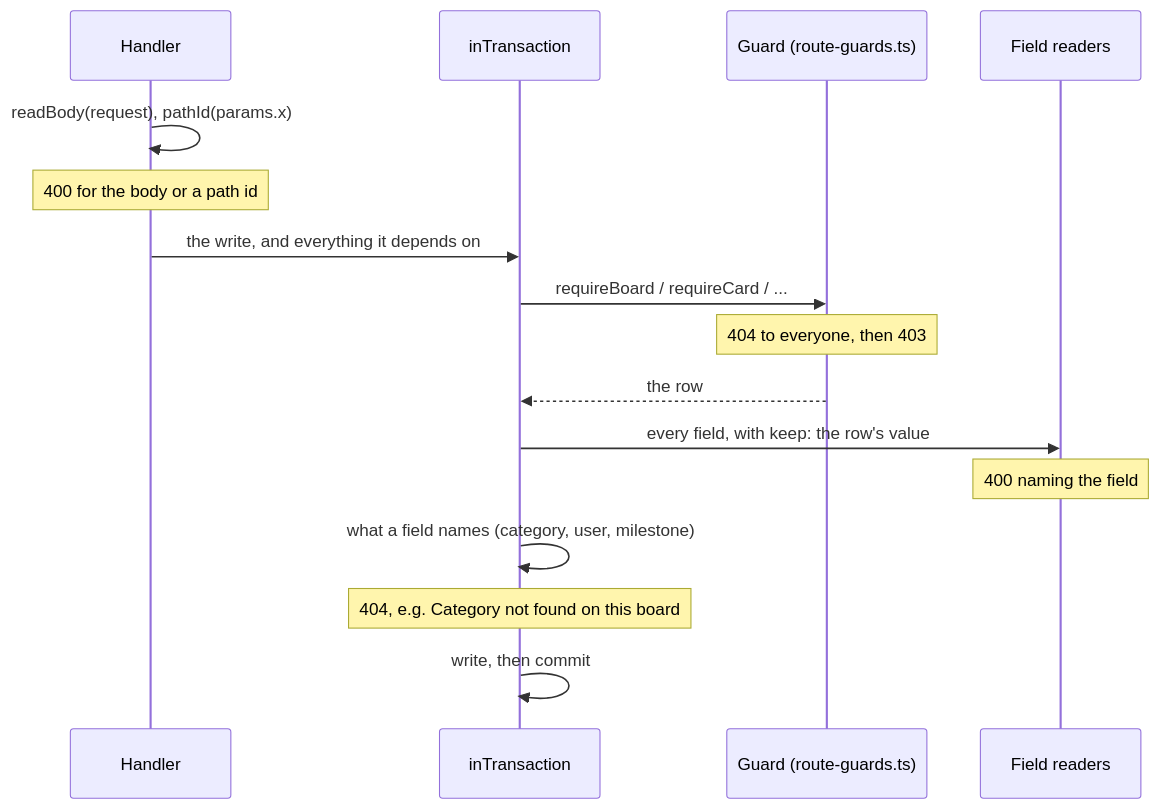
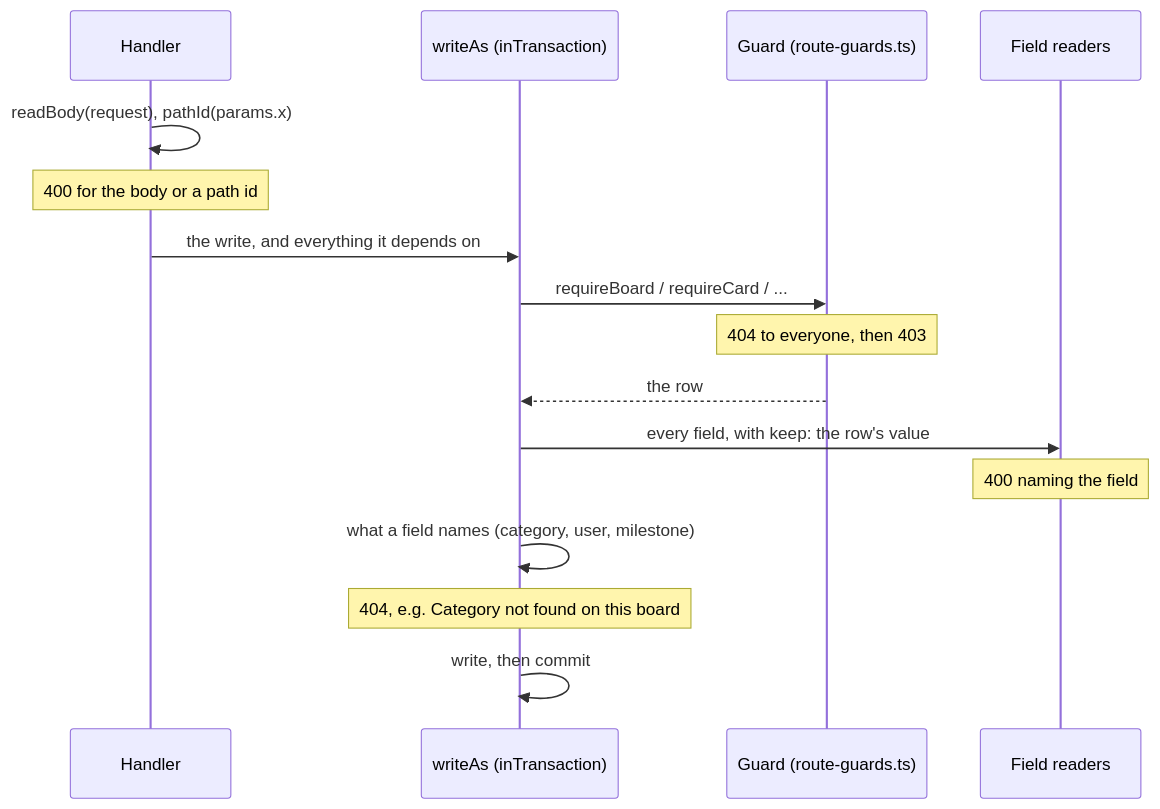
One commit to gitBoon/DumpFire changed the sixth of 21 diagrams in docs/architecture.md. Above: the diagram before and after it, drawn with Mermaid. The commit also changed other lines of this file and 10 other files, not shown here.

````diff
--- a/docs/architecture.md
+++ b/docs/architecture.md
@@ -442,18 +442,18 @@
 ```mermaid
 sequenceDiagram
     participant H as Handler
-    participant T as inTransaction
+    participant T as writeAs (inTransaction)
     participant G as Guard (route-guards.ts)
     participant R as Field readers
     H->>H: readBody(request), pathId(params.x)
     Note over H: 400 for the body or a path id
     H->>T: the write, and everything it depends on
     T->>G: requireBoard / requireCard / ...
     Note over G: 404 to everyone, then 403
     G-->>T: the row
     T->>R: every field, with keep: the row's value
     Note over R: 400 naming the field
     T->>T: what a field names (category, user, milestone)
     Note over T: 404, e.g. Category not found on this board
     T->>T: write, then commit
 ```
````
